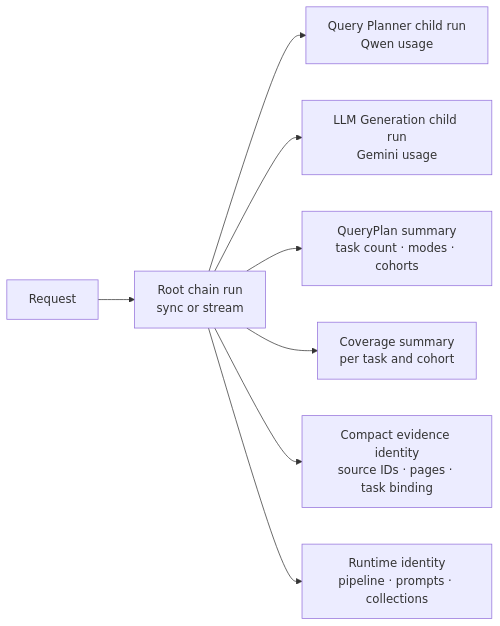
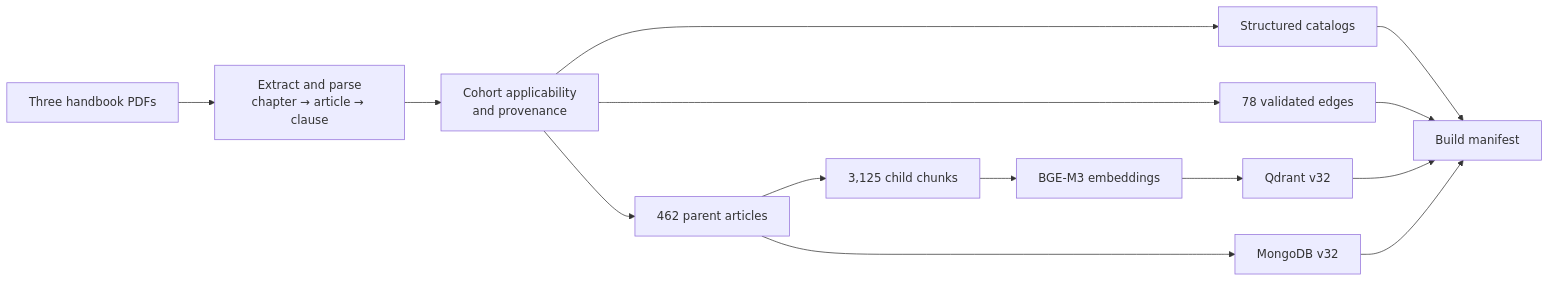
Before and after one commit to AnhPhiNe/student-handbook-rag-chatbot: the third of 3 diagrams in README.md, drawn with Mermaid. The commit also changed other lines of this file, not shown here.

Commit message:
docs: reorganize readme around current architecture and v9.1

````diff
--- a/README.md
+++ b/README.md
@@ -179,11 +141,16 @@
 ```mermaid
 flowchart LR
-    Request["Request"] --> Root["Root chain run<br/>sync or stream"]
-    Root --> Planner["Query Planner child run<br/>Qwen usage"]
-    Root --> Composer["LLM Generation child run<br/>Gemini usage"]
-
-    Root --> PlanMeta["QueryPlan summary<br/>task count · modes · cohorts"]
-    Root --> Coverage["Coverage summary<br/>per task and cohort"]
-    Root --> EvidenceMeta["Compact evidence identity<br/>source IDs · pages · task binding"]
-    Root --> RuntimeMeta["Runtime identity<br/>pipeline · prompts · collections"]
+    PDFs["Three handbook PDFs"] --> Parse["Extract and parse<br/>chapter → article → clause"]
+    Parse --> Policy["Cohort applicability<br/>and provenance"]
+    Policy --> Tables["Structured catalogs"]
+    Policy --> Parents["462 parent articles"]
+    Policy --> Graph["78 validated edges"]
+    Parents --> Chunks["3,125 child chunks"]
+    Chunks --> Embed["BGE-M3 embeddings"]
+    Embed --> Qdrant["Qdrant v32"]
+    Parents --> Mongo["MongoDB v32"]
+    Tables --> Manifest["Build manifest"]
+    Graph --> Manifest
+    Qdrant --> Manifest
+    Mongo --> Manifest
 ```
````
